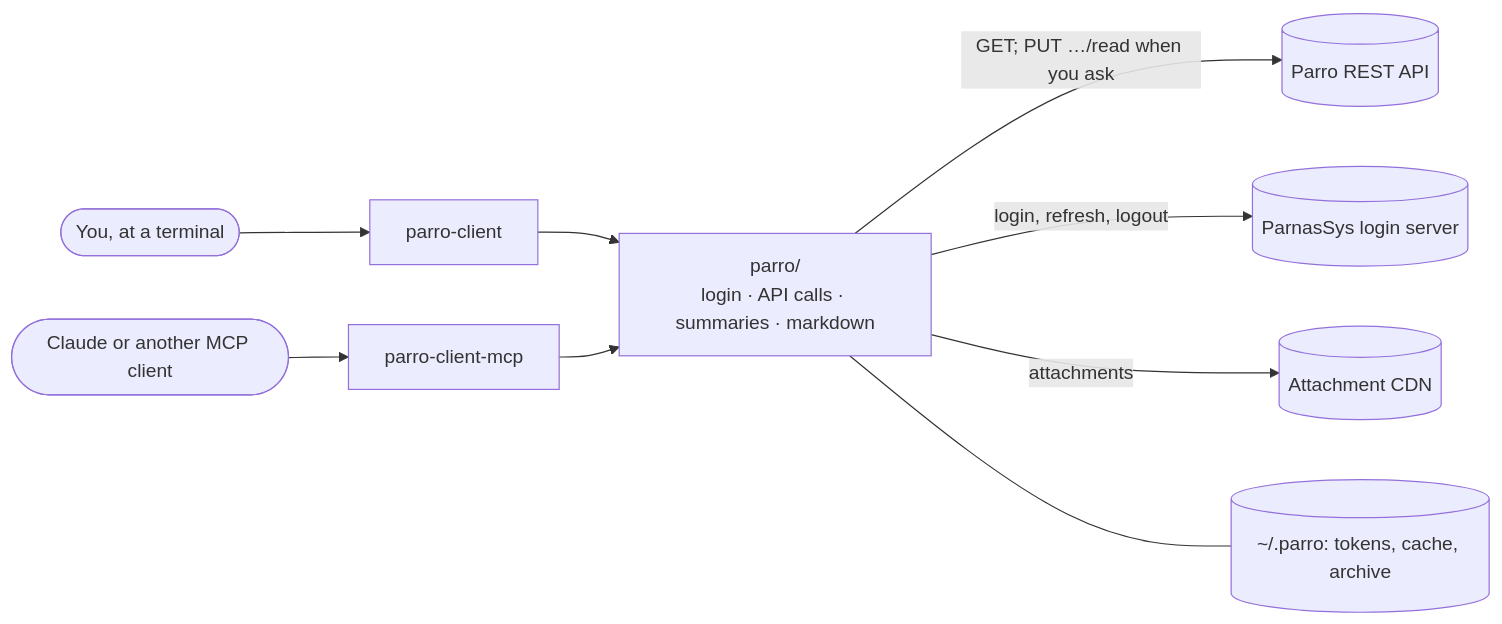
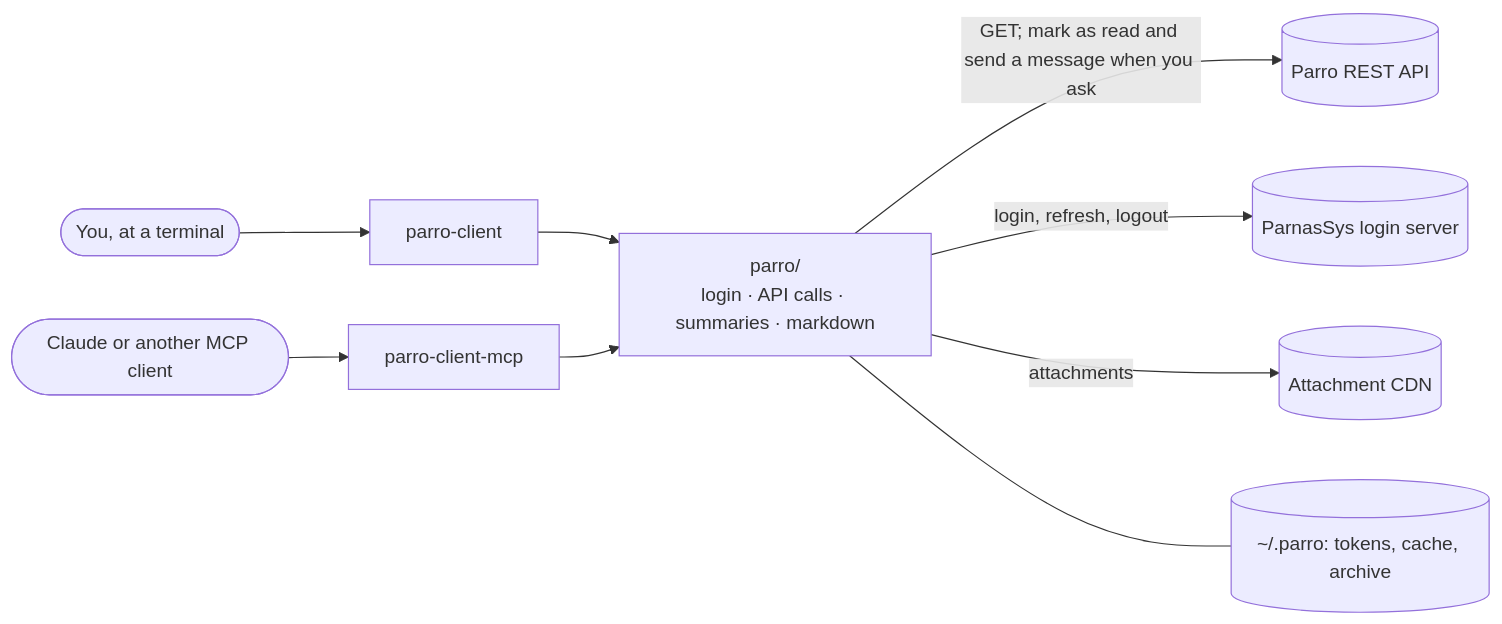
Before and after one commit to chris-swift-dev/parro-api-client: the diagram in README.md, drawn with Mermaid. The commit also changed other lines of this file and 25 other files, not shown here.

First line of the commit message:
Send a text message to a chat, from the CLI and (switched on) MCP (#12)

````diff
--- a/README.md
+++ b/README.md
@@ -83,11 +85,11 @@
 ```mermaid
 flowchart LR
   you([You, at a terminal]) --> cli[parro-client]
   claude([Claude or another MCP client]) --> mcp[parro-client-mcp]
   cli --> core["parro/<br>login · API calls · summaries · markdown"]
   mcp --> core
-  core -- "GET; PUT …/read when you ask" --> api[(Parro REST API)]
+  core -- "GET; mark as read and send a message when you ask" --> api[(Parro REST API)]
   core -- "login, refresh, logout" --> idp[(ParnasSys login server)]
   core -- "attachments" --> cdn[(Attachment CDN)]
   core --- disk[("~/.parro: tokens, cache, archive")]
 ```
````
